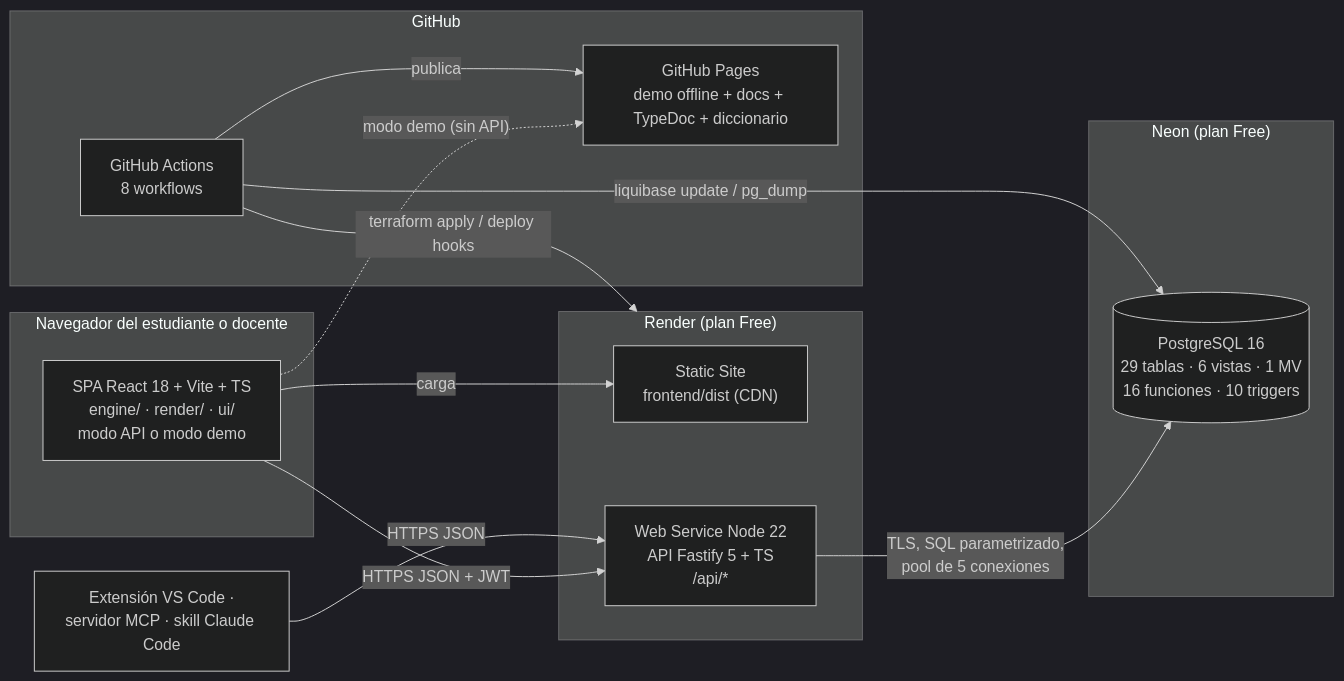
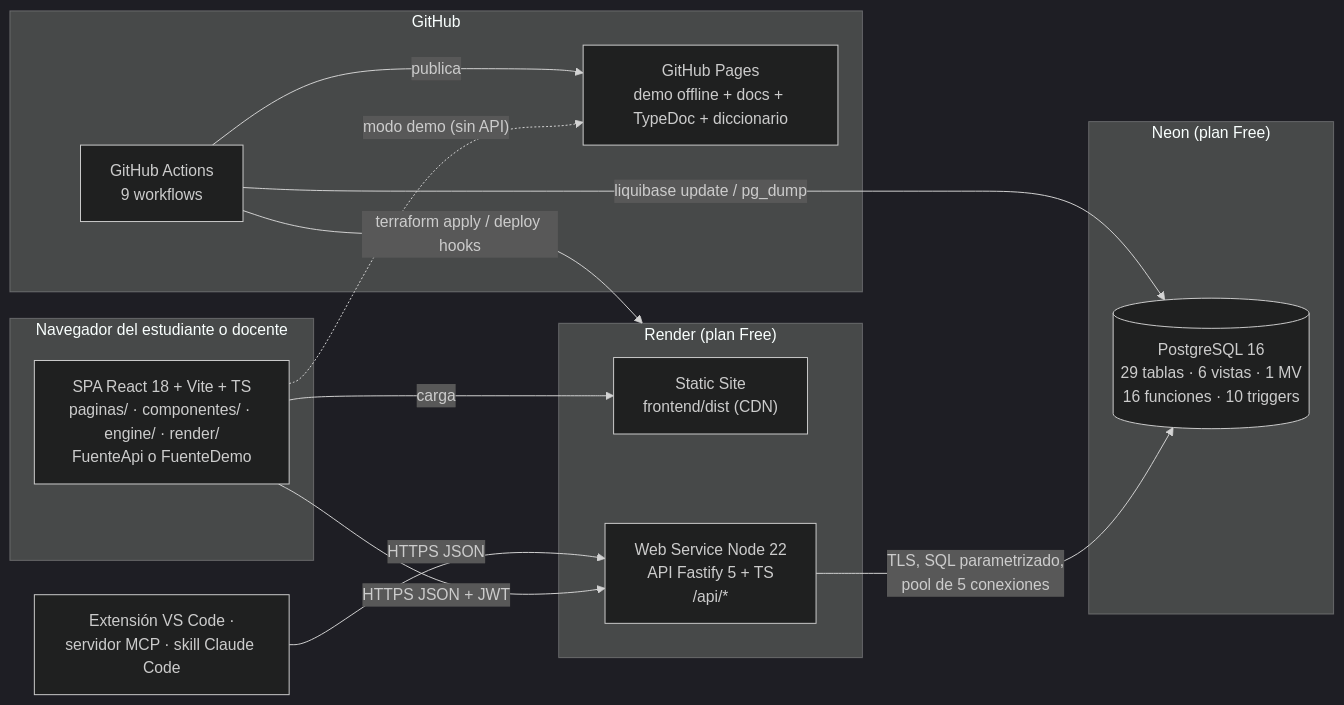
One commit to Laos19/Demov0.1AtomReactChamber changed the second of 13 diagrams in docs/fd/FD04-Informe-SAD.md. Above: the diagram before and after it, drawn with Mermaid (dark theme). The commit also changed other lines of this file and 18 other files, not shown here.

````diff
--- a/docs/fd/FD04-Informe-SAD.md
+++ b/docs/fd/FD04-Informe-SAD.md
@@ -119,26 +119,26 @@
 ```mermaid
 flowchart LR
   subgraph Cliente["Navegador del estudiante o docente"]
-    SPA["SPA React 18 + Vite + TS<br/>engine/ · render/ · ui/<br/>modo API o modo demo"]
+    SPA["SPA React 18 + Vite + TS<br/>paginas/ · componentes/ · engine/ · render/<br/>FuenteApi o FuenteDemo"]
   end
   subgraph Render["Render (plan Free)"]
     STATIC["Static Site<br/>frontend/dist (CDN)"]
     API["Web Service Node 22<br/>API Fastify 5 + TS<br/>/api/*"]
   end
   subgraph Neon["Neon (plan Free)"]
     PG[("PostgreSQL 16<br/>29 tablas · 6 vistas · 1 MV<br/>16 funciones · 10 triggers")]
   end
   subgraph GitHub
     PAGES["GitHub Pages<br/>demo offline + docs + TypeDoc + diccionario"]
-    GHA["GitHub Actions<br/>8 workflows"]
+    GHA["GitHub Actions<br/>9 workflows"]
   end
   INTEG["Extensión VS Code ·<br/>servidor MCP · skill Claude Code"]
   SPA -- "carga" --> STATIC
   SPA -- "HTTPS JSON + JWT" --> API
   SPA -. "modo demo (sin API)" .-> PAGES
   INTEG -- "HTTPS JSON" --> API
   API -- "TLS, SQL parametrizado,<br/>pool de 5 conexiones" --> PG
   GHA -- "liquibase update / pg_dump" --> PG
   GHA -- "terraform apply / deploy hooks" --> Render
   GHA -- "publica" --> PAGES
 ```
````
